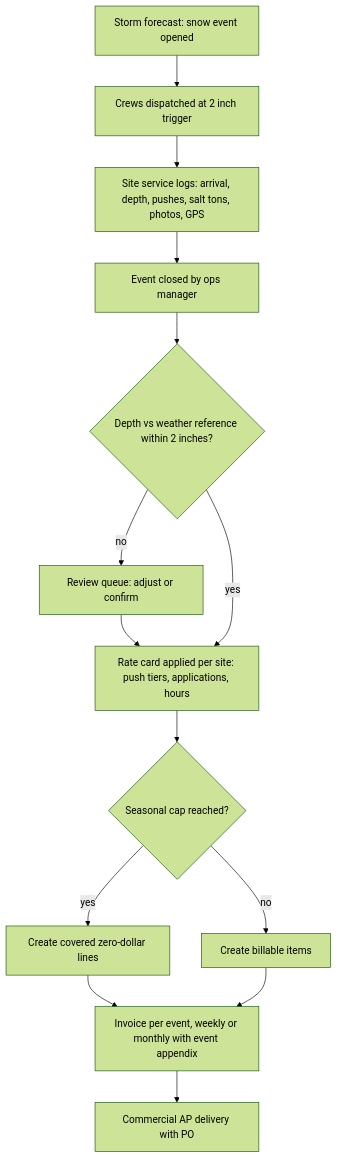
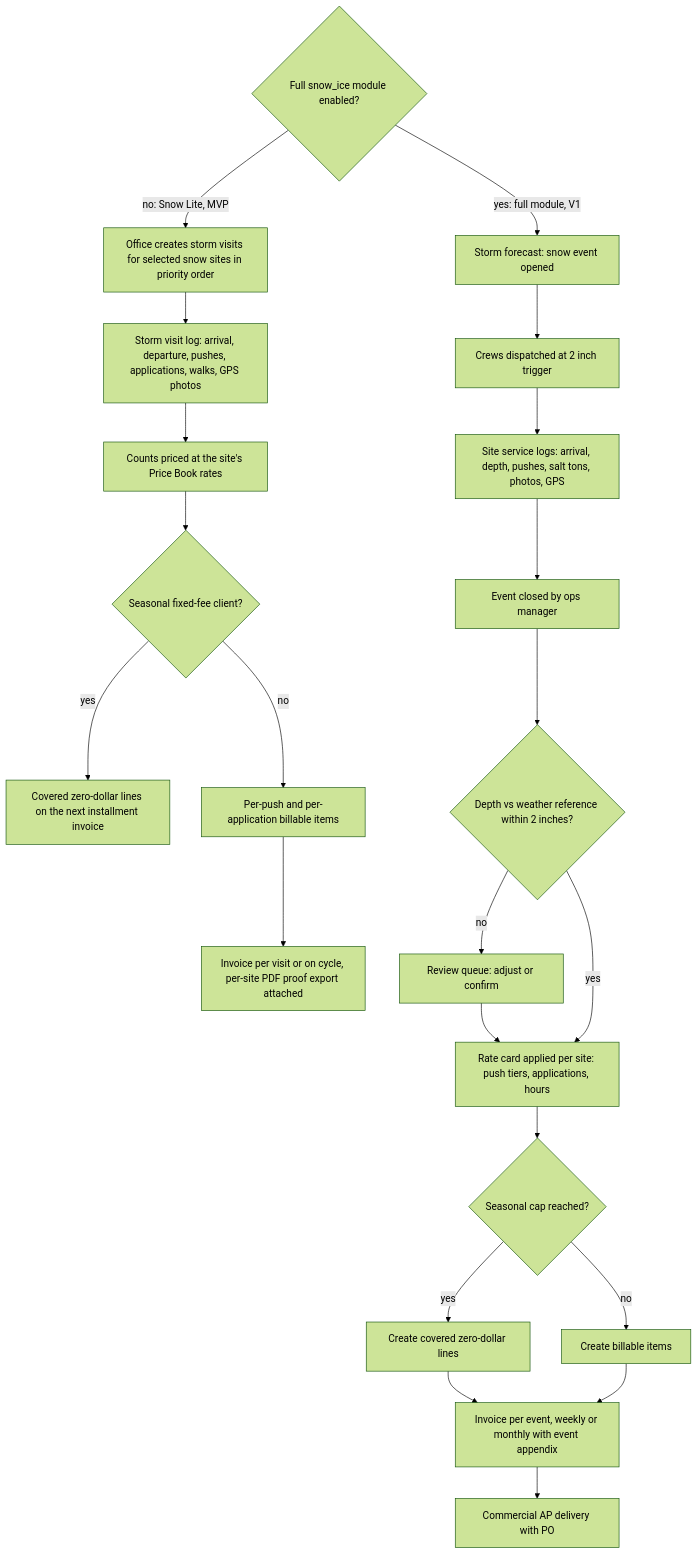
One commit to jdinard/landscape changed the eighth of 11 diagrams in docs/07-invoicing-billing-contracts.md. Above: the diagram before and after it, drawn with Mermaid (forest theme). The commit also changed other lines of this file and 22 other files, not shown here.

First line of the commit message:
Remove delivery timelines and staffing estimates from design studio, AI, plant KB, operations and service-line docs

````diff
--- a/docs/07-invoicing-billing-contracts.md
+++ b/docs/07-invoicing-billing-contracts.md
@@ -1024,16 +1033,25 @@
 ```mermaid
 flowchart TD
-    A["Storm forecast: snow event opened"] --> B["Crews dispatched at 2 inch trigger"]
+    S{"Full snow_ice module enabled?"}
+    S -->|"no: Snow Lite, MVP"| L1["Office creates storm visits for selected snow sites in priority order"]
+    L1 --> L2["Storm visit log: arrival, departure, pushes, applications, walks, GPS photos"]
+    L2 --> L3["Counts priced at the site's Price Book rates"]
+    L3 --> L4{"Seasonal fixed-fee client?"}
+    L4 -->|"yes"| L5["Covered zero-dollar lines on the next installment invoice"]
+    L4 -->|"no"| L6["Per-push and per-application billable items"]
+    L6 --> L7["Invoice per visit or on cycle, per-site PDF proof export attached"]
+    S -->|"yes: full module, V1"| A["Storm forecast: snow event opened"]
+    A --> B["Crews dispatched at 2 inch trigger"]
     B --> C["Site service logs: arrival, depth, pushes, salt tons, photos, GPS"]
     C --> D["Event closed by ops manager"]
     D --> E{"Depth vs weather reference within 2 inches?"}
     E -->|"no"| F["Review queue: adjust or confirm"]
     F --> G
     E -->|"yes"| G["Rate card applied per site: push tiers, applications, hours"]
     G --> H{"Seasonal cap reached?"}
     H -->|"yes"| I["Create covered zero-dollar lines"]
     H -->|"no"| J["Create billable items"]
     I --> K["Invoice per event, weekly or monthly with event appendix"]
     J --> K
     K --> L["Commercial AP delivery with PO"]
 ```
````
